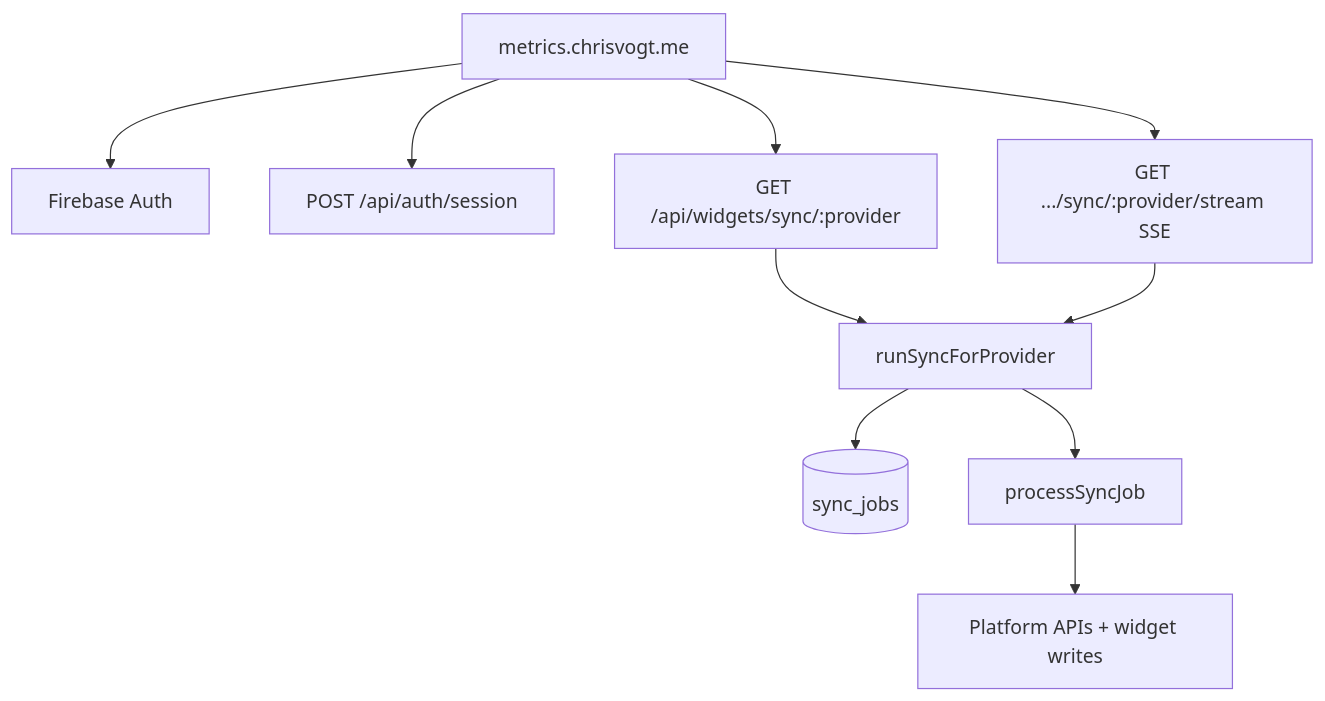
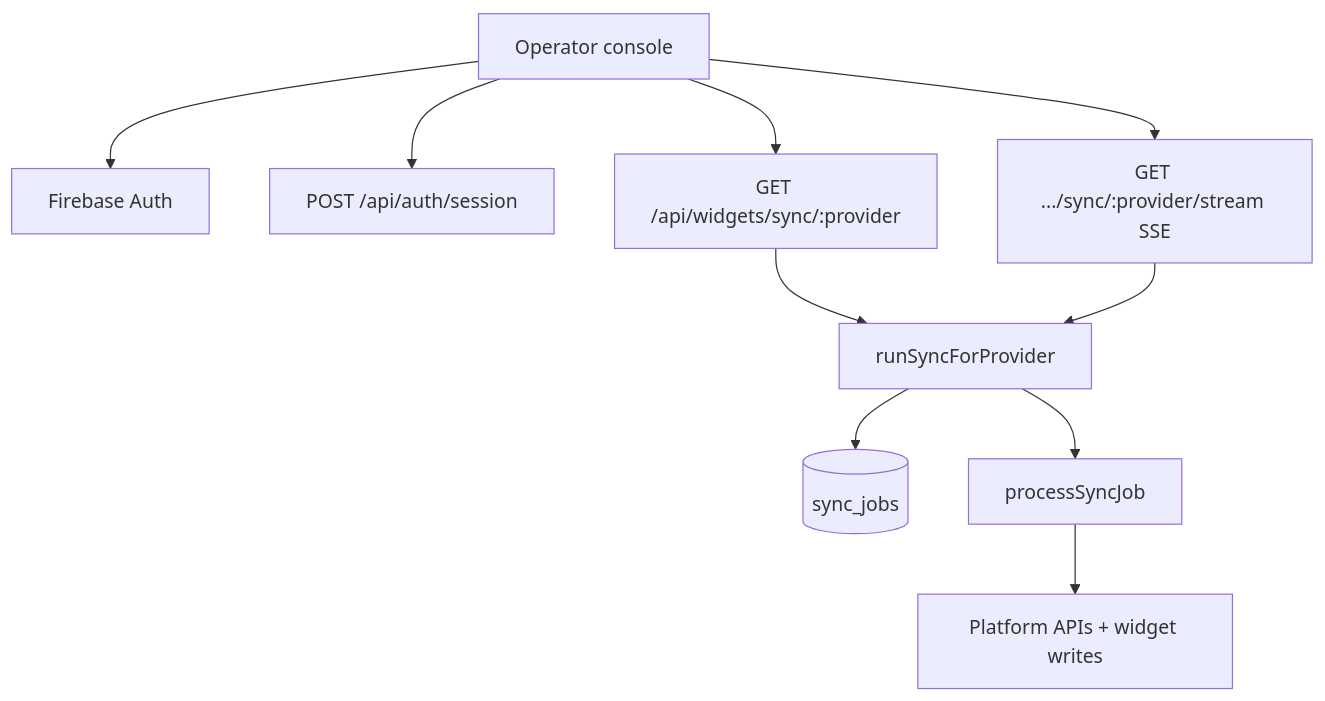
One commit to chrisvogt/metrics changed the third of 3 diagrams in README.md. Above: the diagram before and after it, drawn with Mermaid. The commit also changed other lines of this file and 26 other files, not shown here.

````diff
--- a/README.md
+++ b/README.md
@@ -94,12 +98,12 @@
 ```mermaid
 flowchart TB
-  admin[metrics.chrisvogt.me] --> auth[Firebase Auth]
+  admin[Operator console] --> auth[Firebase Auth]
   admin --> sess[POST /api/auth/session]
   admin --> sync[GET /api/widgets/sync/:provider]
   admin --> stream[GET .../sync/:provider/stream SSE]
   sync --> fn[runSyncForProvider]
   stream --> fn
   fn --> q[(sync_jobs)]
   fn --> job[processSyncJob]
   job --> out[Platform APIs + widget writes]
 ```
````
